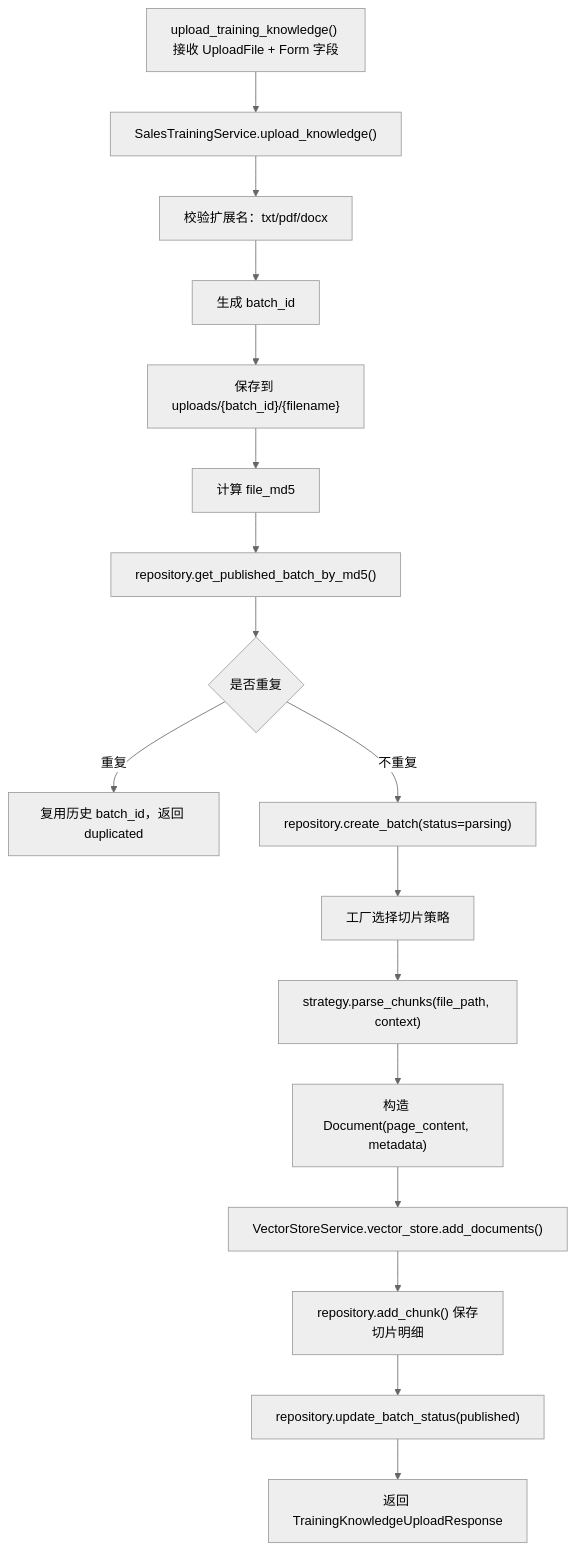
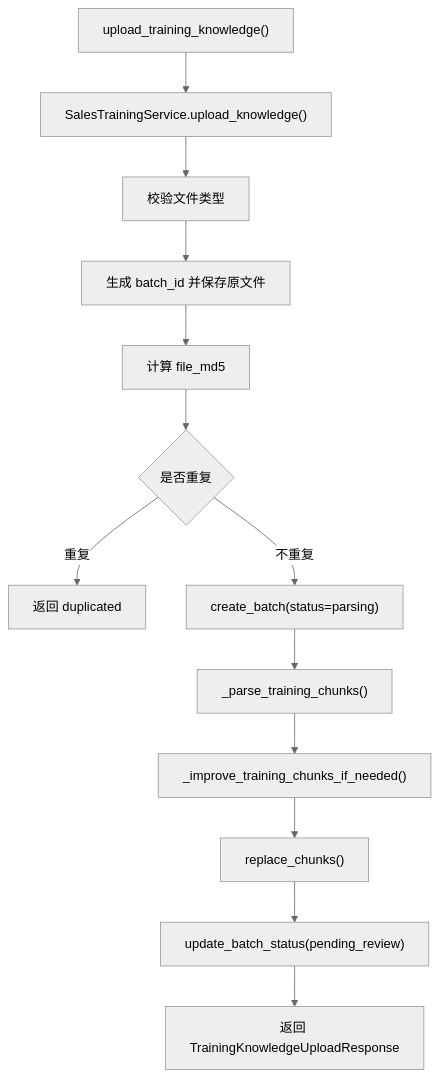
The third of 5 diagrams in docs/销售训练资料管理上传文件流程.md (chen-liang-22/AI_RAG_Agent_Frontend), drawn with Mermaid (neutral theme) before and after one commit. The commit also changed other lines of this file and 2 other files, not shown here.

````diff
--- a/docs/销售训练资料管理上传文件流程.md
+++ b/docs/销售训练资料管理上传文件流程.md
@@ -79,19 +101,15 @@
 ```mermaid
 flowchart TD
-    A["upload_training_knowledge() 接收 UploadFile + Form 字段"] --> B["SalesTrainingService.upload_knowledge()"]
-    B --> C["校验扩展名：txt/pdf/docx"]
-    C --> D["生成 batch_id"]
-    D --> E["保存到 uploads/{batch_id}/{filename}"]
-    E --> F["计算 file_md5"]
-    F --> G["repository.get_published_batch_by_md5()"]
-    G --> H{"是否重复"}
-    H -- "重复" --> I["复用历史 batch_id，返回 duplicated"]
-    H -- "不重复" --> J["repository.create_batch(status=parsing)"]
-    J --> K["工厂选择切片策略"]
-    K --> L["strategy.parse_chunks(file_path, context)"]
-    L --> M["构造 Document(page_content, metadata)"]
-    M --> N["VectorStoreService.vector_store.add_documents()"]
-    N --> O["repository.add_chunk() 保存切片明细"]
-    O --> P["repository.update_batch_status(published)"]
-    P --> Q["返回 TrainingKnowledgeUploadResponse"]
+    A["upload_training_knowledge()"] --> B["SalesTrainingService.upload_knowledge()"]
+    B --> C["校验文件类型"]
+    C --> D["生成 batch_id 并保存原文件"]
+    D --> E["计算 file_md5"]
+    E --> F{"是否重复"}
+    F -- "重复" --> G["返回 duplicated"]
+    F -- "不重复" --> H["create_batch(status=parsing)"]
+    H --> I["_parse_training_chunks()"]
+    I --> J["_improve_training_chunks_if_needed()"]
+    J --> K["replace_chunks()"]
+    K --> L["update_batch_status(pending_review)"]
+    L --> M["返回 TrainingKnowledgeUploadResponse"]
 ```
````
